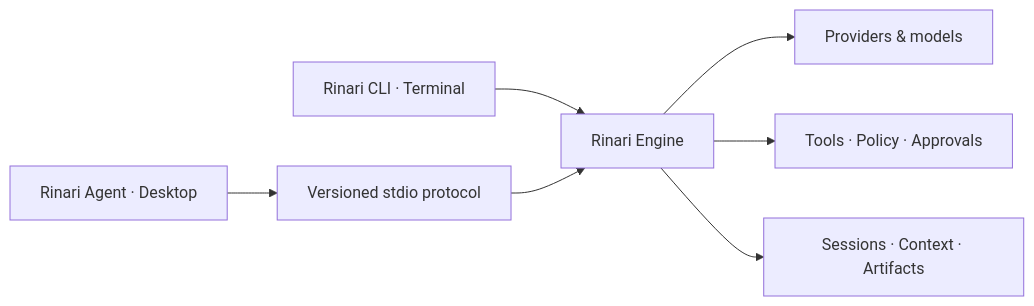
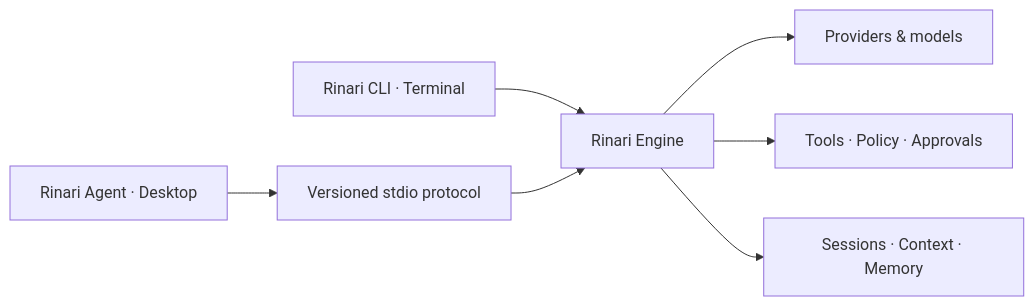
One commit to Xainner/Rinari-CLI changed the diagram in README.md. Above: the diagram before and after it, drawn with Mermaid. The commit also changed other lines of this file and 2 other files, not shown here.

````diff
--- a/README.md
+++ b/README.md
@@ -141,9 +136,9 @@
 ```mermaid
 flowchart LR
     CLI["Rinari CLI · Terminal"] --> Engine["Rinari Engine"]
     Desktop["Rinari Agent · Desktop"] --> Protocol["Versioned stdio protocol"]
     Protocol --> Engine
     Engine --> Models["Providers & models"]
     Engine --> Tools["Tools · Policy · Approvals"]
-    Engine --> State["Sessions · Context · Artifacts"]
+    Engine --> State["Sessions · Context · Memory"]
 ```
````
